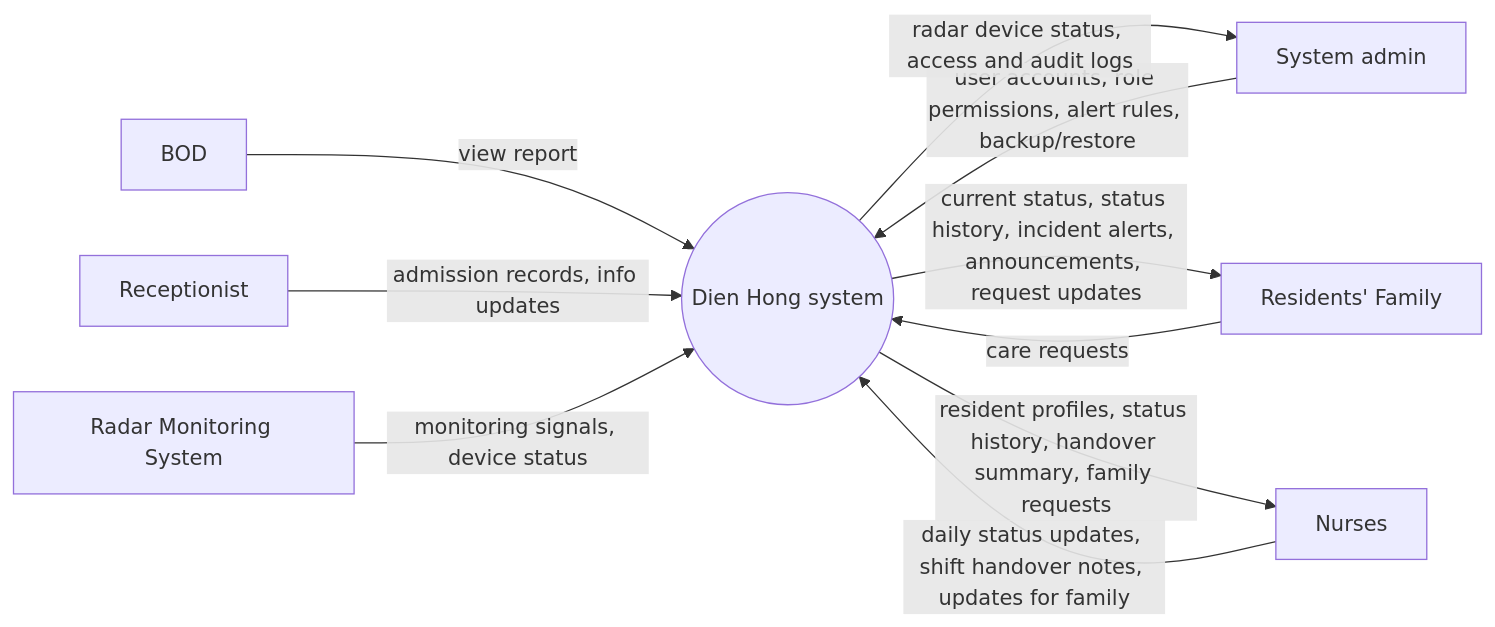
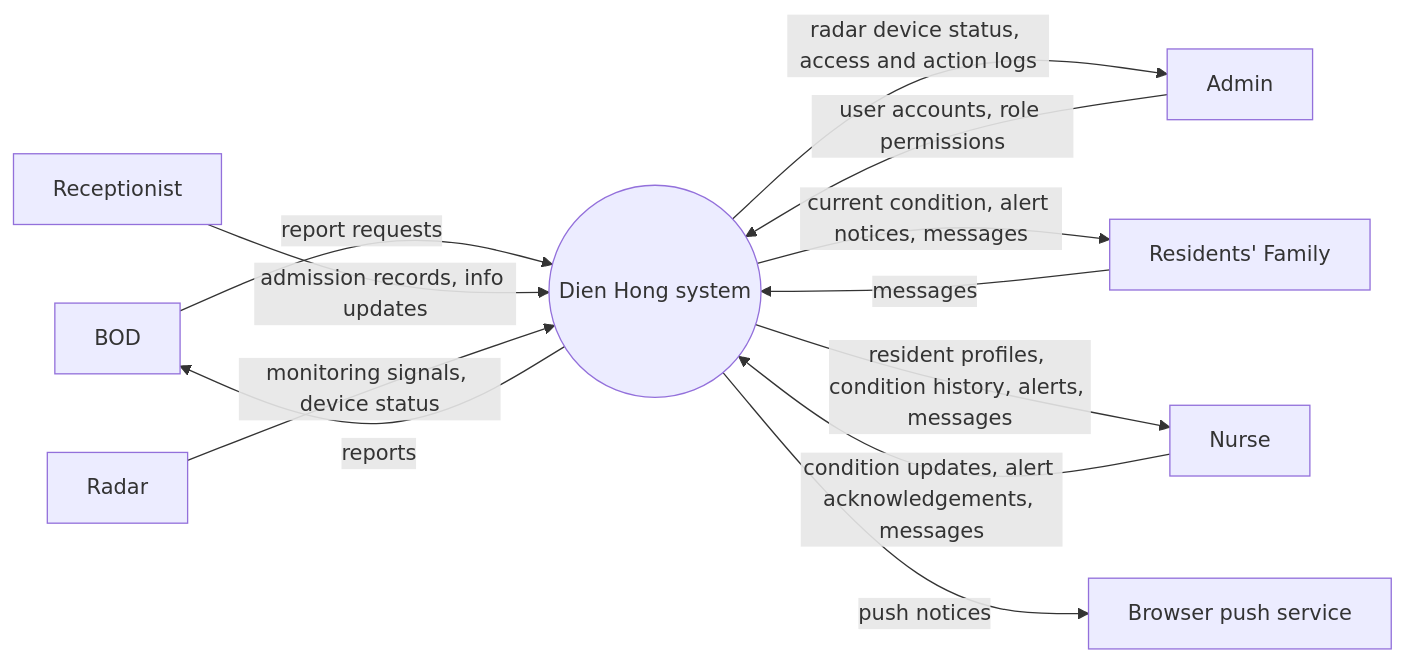
The diagram in docs/context/context-diagram.md (hatrang191/groupE-nursinghome), drawn with Mermaid before and after one commit. The commit also changed other lines of this file, not shown here.

First line of the commit message:
Revise context diagram to version 2 with updates

````diff
--- a/docs/context/context-diagram.md
+++ b/docs/context/context-diagram.md
@@ -13,25 +13,29 @@
 ```mermaid
 flowchart LR
   BOD["BOD"]
   REC["Receptionist"]
-  ADM["System admin"]
+  ADM["Admin"]
   FAM["Residents' Family"]
-  RAD["Radar Monitoring System"]
-  NUR["Nurses"]
+  RAD["Radar"]
+  NUR["Nurse"]
+  PUSH["Browser push service"]
   DH(("Dien Hong system"))
 
-  BOD -->|"view report"| DH
+  BOD -->|"report requests"| DH
+  DH -->|"reports"| BOD
 
   REC -->|"admission records, info updates"| DH
 
-  ADM -->|"user accounts, role permissions, alert rules, backup/restore"| DH
-  DH -->|"radar device status, access and audit logs"| ADM
+  ADM -->|"user accounts, role permissions"| DH
+  DH -->|"radar device status, access and action logs"| ADM
 
-  FAM -->|"care requests"| DH
-  DH -->|"current status, status history, incident alerts, announcements, request updates"| FAM
+  FAM -->|"messages"| DH
+  DH -->|"current condition, alert notices, messages"| FAM
 
   RAD -->|"monitoring signals, device status"| DH
 
-  NUR -->|"daily status updates, shift handover notes, updates for family"| DH
-  DH -->|"resident profiles, status history, handover summary, family requests"| NUR
+  NUR -->|"condition updates, alert acknowledgements, messages"| DH
+  DH -->|"resident profiles, condition history, alerts, messages"| NUR
+
+  DH -->|"push notices"| PUSH
 ```
````
